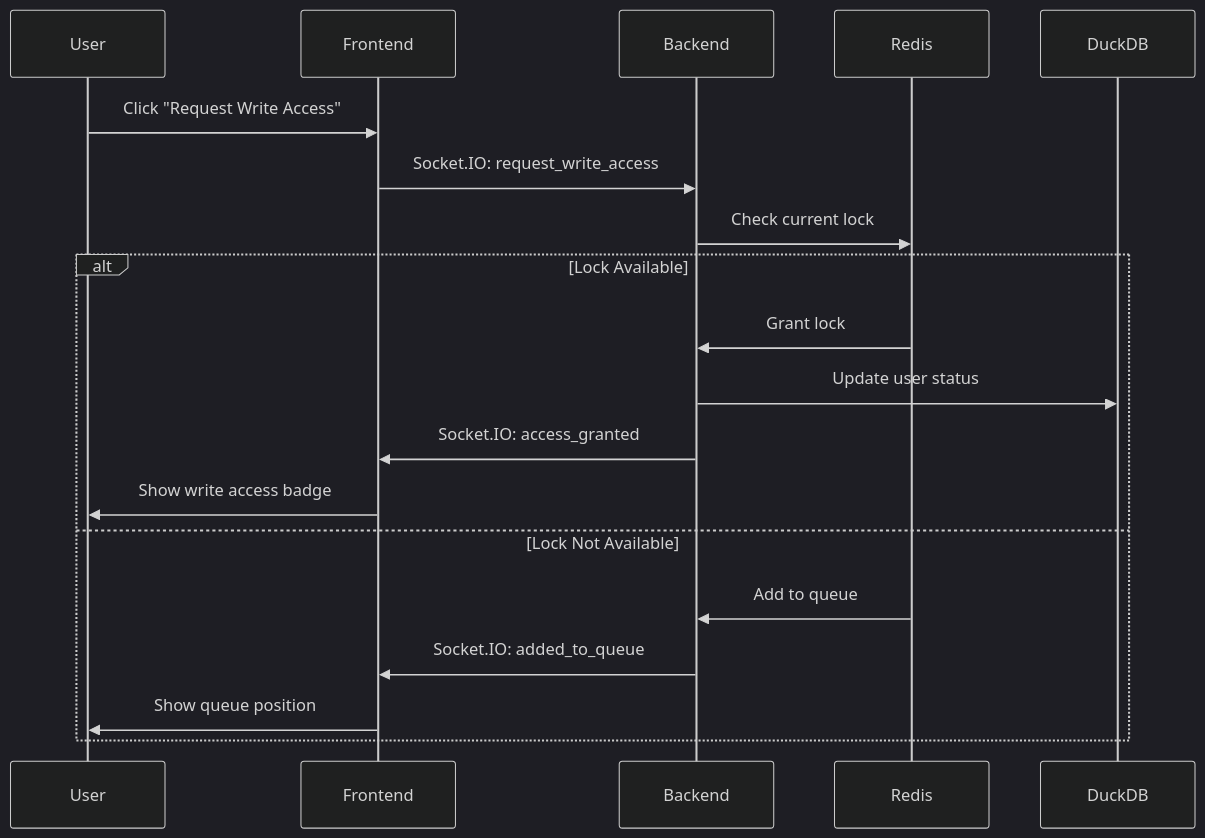
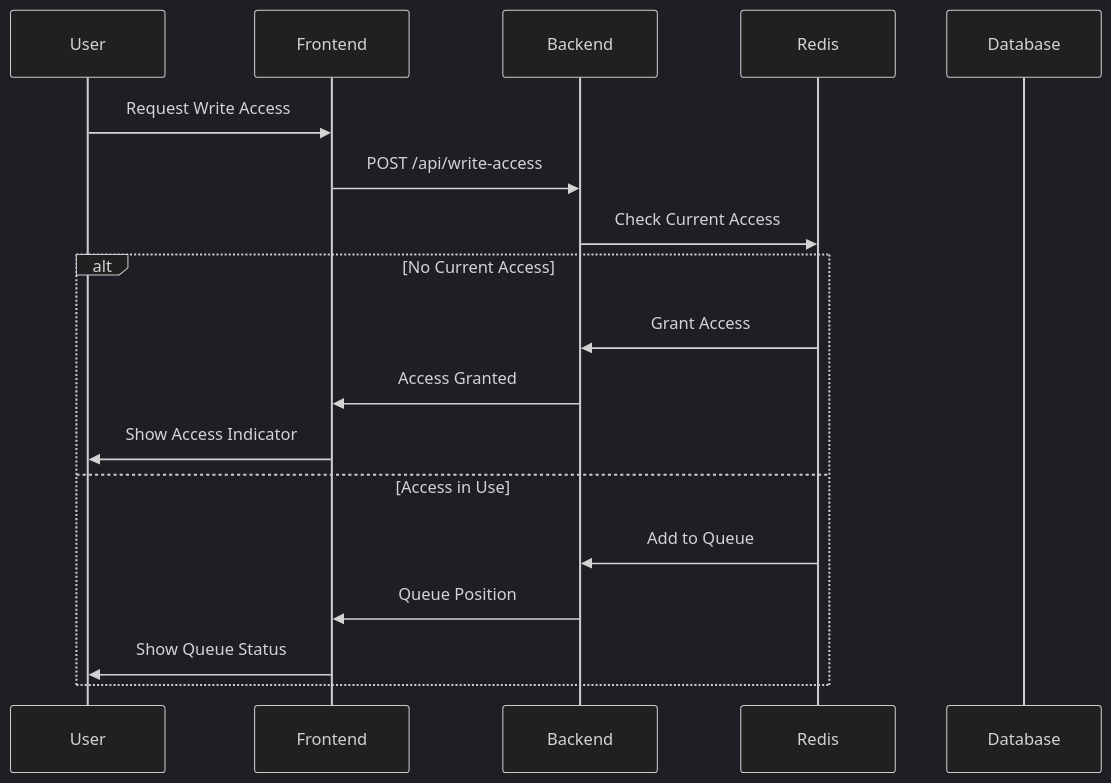
The first of 2 diagrams in DESIGN.md (gurekamsingh/spreadsheetApplication), drawn with Mermaid (dark theme) before and after one commit. The commit also changed other lines of this file and 1 other file, not shown here.

````diff
--- a/DESIGN.md
+++ b/DESIGN.md
@@ -36,22 +49,21 @@
 ```mermaid
 sequenceDiagram
     participant User
     participant Frontend
     participant Backend
     participant Redis
-    participant DuckDB
+    participant Database
 
-    User->>Frontend: Click "Request Write Access"
-    Frontend->>Backend: Socket.IO: request_write_access
-    Backend->>Redis: Check current lock
-    alt Lock Available
-        Redis->>Backend: Grant lock
-        Backend->>DuckDB: Update user status
-        Backend->>Frontend: Socket.IO: access_granted
-        Frontend->>User: Show write access badge
-    else Lock Not Available
-        Redis->>Backend: Add to queue
-        Backend->>Frontend: Socket.IO: added_to_queue
-        Frontend->>User: Show queue position
+    User->>Frontend: Request Write Access
+    Frontend->>Backend: POST /api/write-access
+    Backend->>Redis: Check Current Access
+    alt No Current Access
+        Redis->>Backend: Grant Access
+        Backend->>Frontend: Access Granted
+        Frontend->>User: Show Access Indicator
+    else Access in Use
+        Redis->>Backend: Add to Queue
+        Backend->>Frontend: Queue Position
+        Frontend->>User: Show Queue Status
     end
 ```
````
